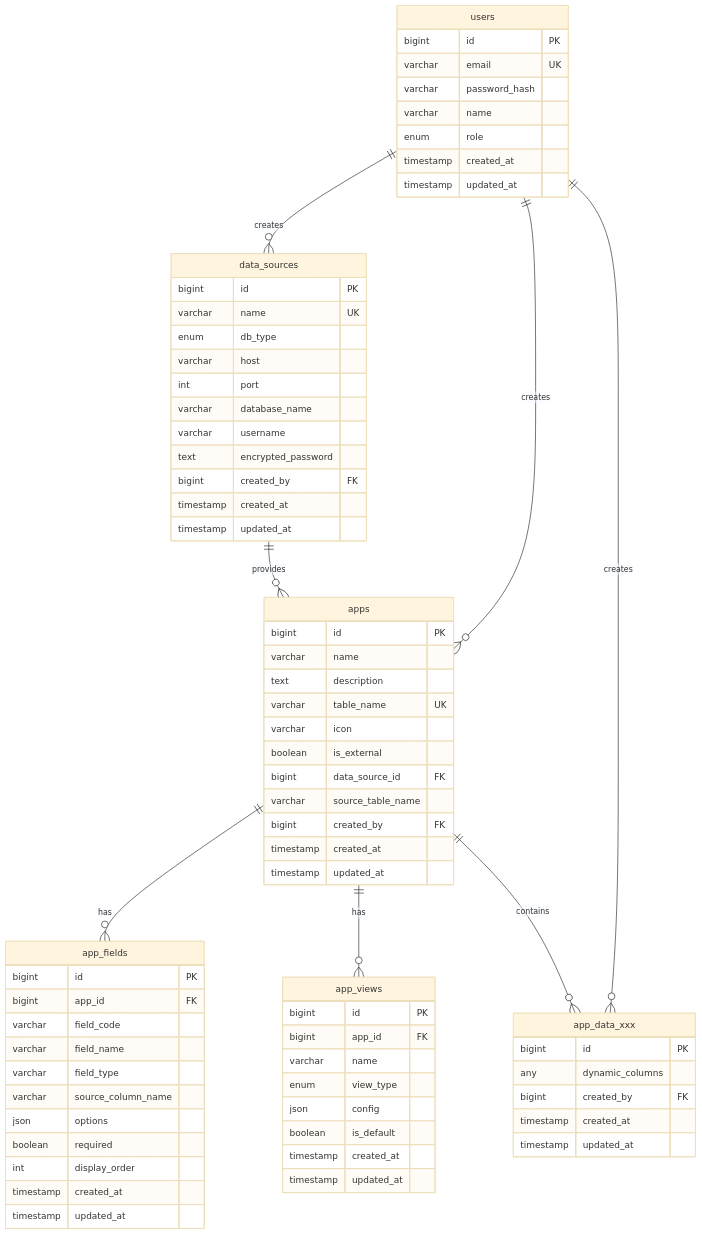
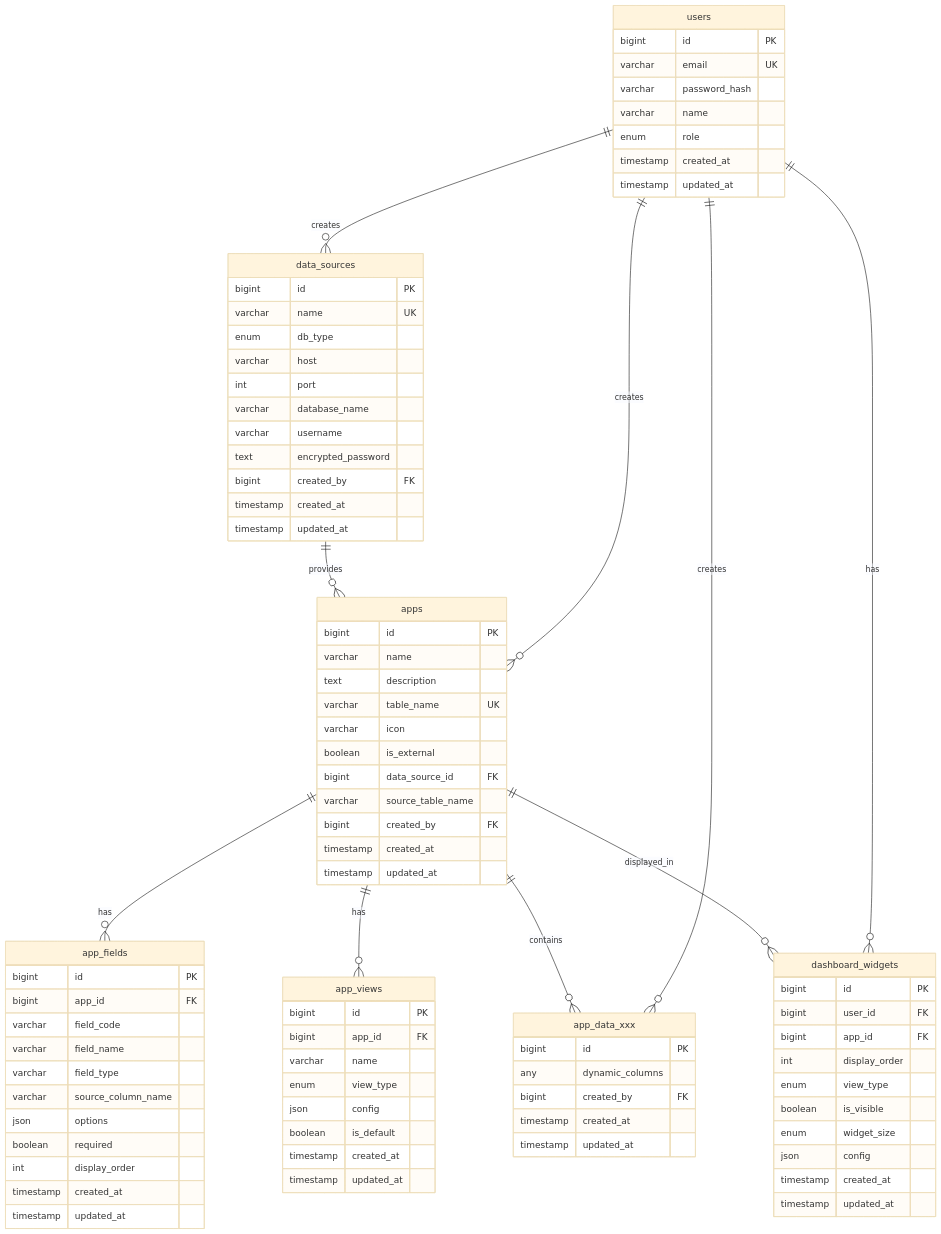
Before and after one commit to okamyuji/nocode-app: the fourth of 5 diagrams in README.md, drawn with Mermaid (base theme). The commit also changed other lines of this file and 3 other files, not shown here.

````diff
--- a/README.md
+++ b/README.md
@@ -560,10 +561,12 @@
     users ||--o{ apps : creates
     users ||--o{ app_data_xxx : creates
     users ||--o{ data_sources : creates
+    users ||--o{ dashboard_widgets : has
     data_sources ||--o{ apps : provides
     apps ||--o{ app_fields : has
     apps ||--o{ app_views : has
     apps ||--o{ app_data_xxx : contains
+    apps ||--o{ dashboard_widgets : displayed_in
 
     users {
         bigint id PK
@@ -635,4 +638,17 @@
         timestamp created_at
         timestamp updated_at
     }
+
+    dashboard_widgets {
+        bigint id PK
+        bigint user_id FK
+        bigint app_id FK
+        int display_order
+        enum view_type
+        boolean is_visible
+        enum widget_size
+        json config
+        timestamp created_at
+        timestamp updated_at
+    }
 ```
````
